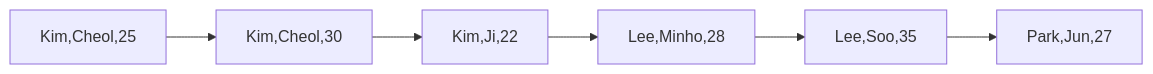
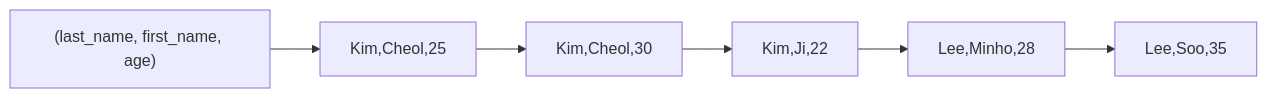
Before and after one commit to yjkim2015/yjkim2015.github.io: the fourth of 4 diagrams in _posts/db/2026-05-01-db-index.md, drawn with Mermaid. The commit also changed other lines of this file and 4 other files, not shown here.

````diff
--- a/_posts/db/2026-05-01-db-index.md
+++ b/_posts/db/2026-05-01-db-index.md
@@ -210,8 +395,8 @@
 ```mermaid
 graph LR
-    A["Kim,Cheol,25"] --> B["Kim,Cheol,30"]
+    I["(last_name, first_name, age)"] --> A["Kim,Cheol,25"]
+    A --> B["Kim,Cheol,30"]
     B --> C["Kim,Ji,22"]
     C --> D["Lee,Minho,28"]
     D --> E["Lee,Soo,35"]
-    E --> F["Park,Jun,27"]
 ```
````
